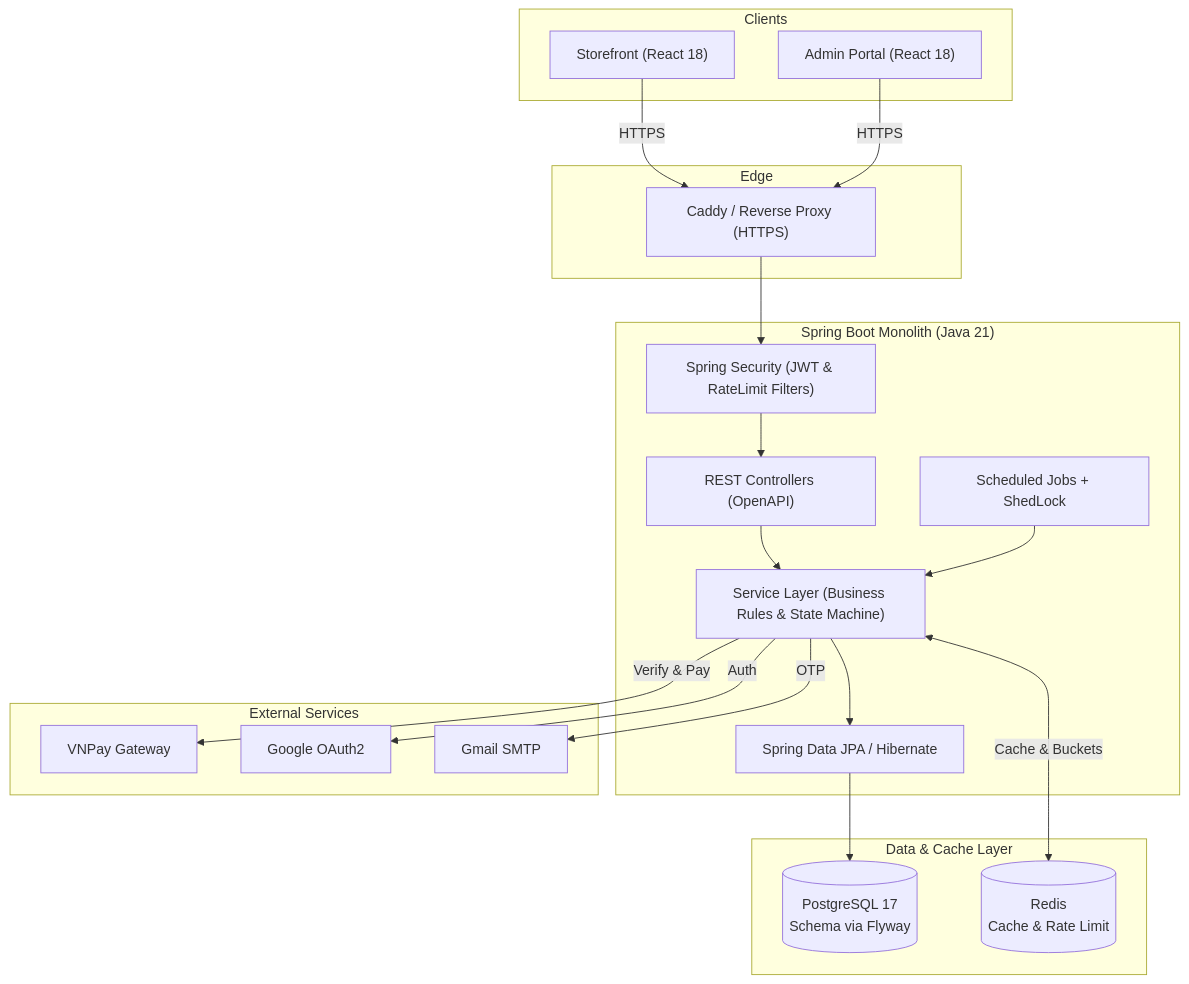
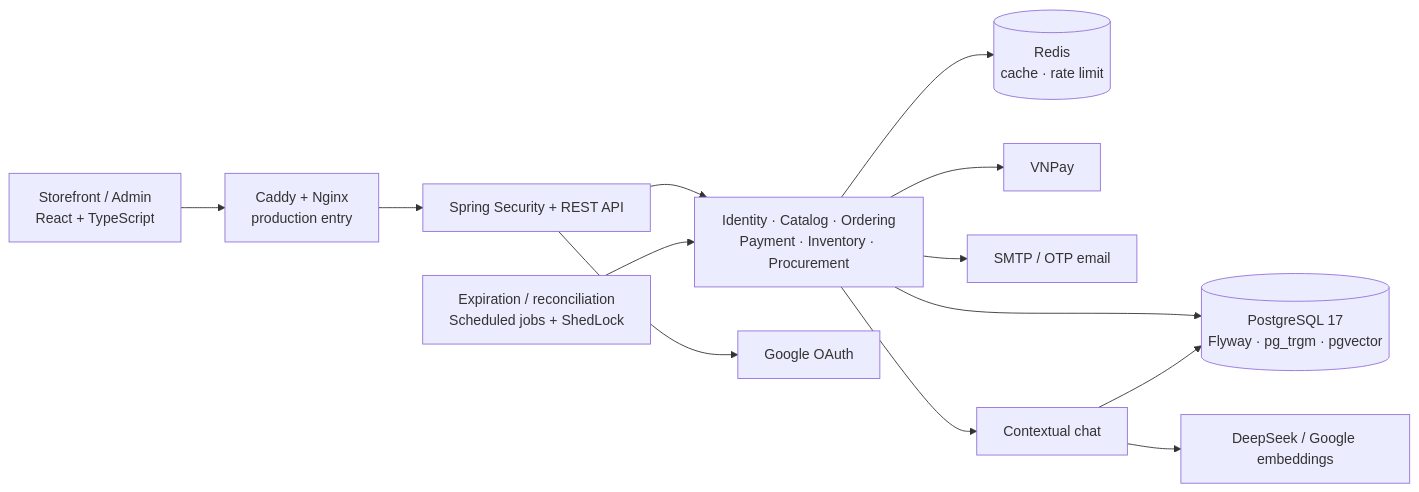
The diagram in README.md (akira-yami/Ladux), drawn with Mermaid before and after one commit. The commit also changed other lines of this file and 20 other files, not shown here.

````diff
--- a/README.md
+++ b/README.md
@@ -135,42 +106,15 @@
 ```mermaid
-flowchart TD
-    subgraph Clients["Clients"]
-        Web["Storefront (React 18)"]
-        Admin["Admin Portal (React 18)"]
-    end
-
-    subgraph Gateway["Edge"]
-        Caddy["Caddy / Reverse Proxy (HTTPS)"]
-    end
-
-    subgraph Backend["Spring Boot Monolith (Java 21)"]
-        Security["Spring Security (JWT & RateLimit Filters)"]
-        Controller["REST Controllers (OpenAPI)"]
-        Service["Service Layer (Business Rules & State Machine)"]
-        Scheduler["Scheduled Jobs + ShedLock"]
-        DataLayer["Spring Data JPA / Hibernate"]
-    end
-
-    subgraph Storage["Data & Cache Layer"]
-        Postgres[(PostgreSQL 17\nSchema via Flyway)]
-        Redis[(Redis\nCache & Rate Limit)]
-    end
-
-    subgraph External["External Services"]
-        VNPay["VNPay Gateway"]
-        OAuth["Google OAuth2"]
-        Mail["Gmail SMTP"]
-    end
-
-    Web & Admin -->|HTTPS| Caddy
-    Caddy --> Security
-    Security --> Controller
-    Controller --> Service
-    Scheduler --> Service
-    Service --> DataLayer
-    DataLayer --> Postgres
-    Service <-->|Cache & Buckets| Redis
-    Service -->|Verify & Pay| VNPay
-    Service -->|Auth| OAuth
-    Service -->|OTP| Mail
+flowchart LR
+    Browser["Storefront / Admin<br/>React + TypeScript"] --> Edge["Caddy + Nginx<br/>production entry"]
+    Edge --> API["Spring Security + REST API"]
+    API --> Core["Identity · Catalog · Ordering<br/>Payment · Inventory · Procurement"]
+    Core --> DB[("PostgreSQL 17<br/>Flyway · pg_trgm · pgvector")]
+    Core --> Redis[("Redis<br/>cache · rate limit")]
+    Jobs["Expiration / reconciliation<br/>Scheduled jobs + ShedLock"] --> Core
+    Core --> Gateway["VNPay"]
+    API --> Google["Google OAuth"]
+    Core --> SMTP["SMTP / OTP email"]
+    Core --> Assistant["Contextual chat"]
+    Assistant --> AI["DeepSeek / Google embeddings"]
+    Assistant --> DB
 ```
````
